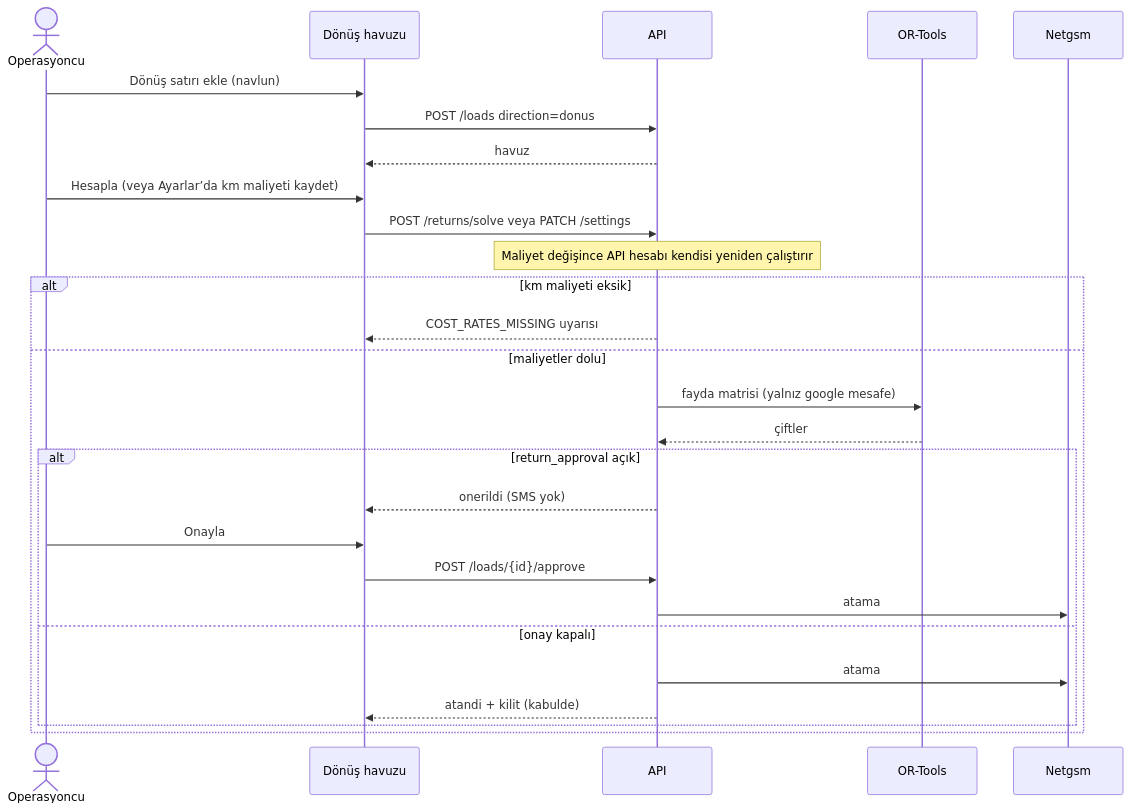
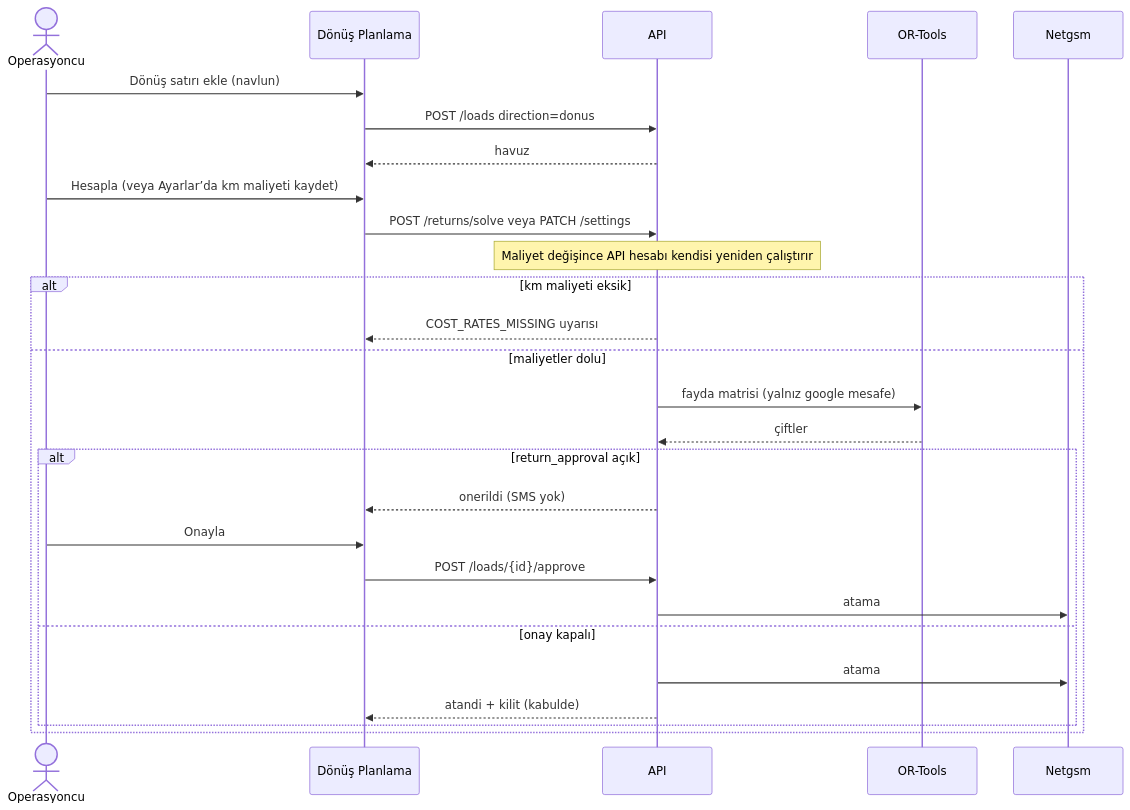
One commit to muslumcanozata/backhaul changed the sixth of 15 diagrams in docs/workflow.md. Above: the diagram before and after it, drawn with Mermaid. The commit also changed other lines of this file and 53 other files, not shown here.

````diff
--- a/docs/workflow.md
+++ b/docs/workflow.md
@@ -171,31 +171,31 @@
 ```mermaid
 sequenceDiagram
   actor Ops as Operasyoncu
-  participant UI as Dönüş havuzu
+  participant UI as Dönüş Planlama
   participant API as API
   participant Solver as OR-Tools
   participant SMS as Netgsm
 
   Ops->>UI: Dönüş satırı ekle (navlun)
   UI->>API: POST /loads direction=donus
   API-->>UI: havuz
 
   Ops->>UI: Hesapla (veya Ayarlar’da km maliyeti kaydet)
   UI->>API: POST /returns/solve veya PATCH /settings
   Note over API: Maliyet değişince API hesabı kendisi yeniden çalıştırır
   alt km maliyeti eksik
     API-->>UI: COST_RATES_MISSING uyarısı
   else maliyetler dolu
     API->>Solver: fayda matrisi (yalnız google mesafe)
     Solver-->>API: çiftler
     alt return_approval açık
       API-->>UI: onerildi (SMS yok)
       Ops->>UI: Onayla
       UI->>API: POST /loads/{id}/approve
       API->>SMS: atama
     else onay kapalı
       API->>SMS: atama
       API-->>UI: atandi + kilit (kabulde)
     end
   end
 ```
````
